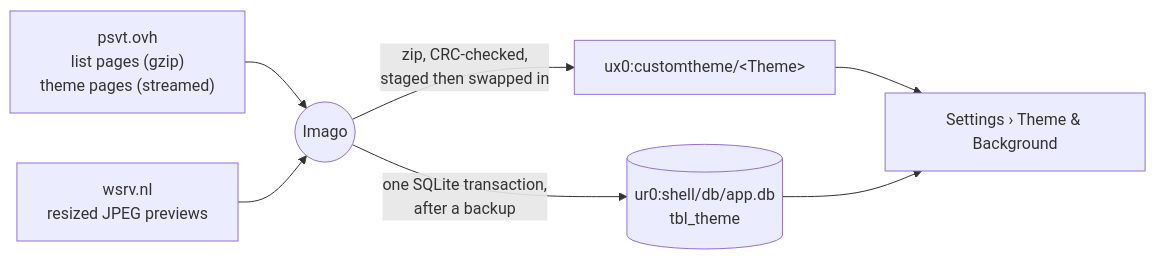
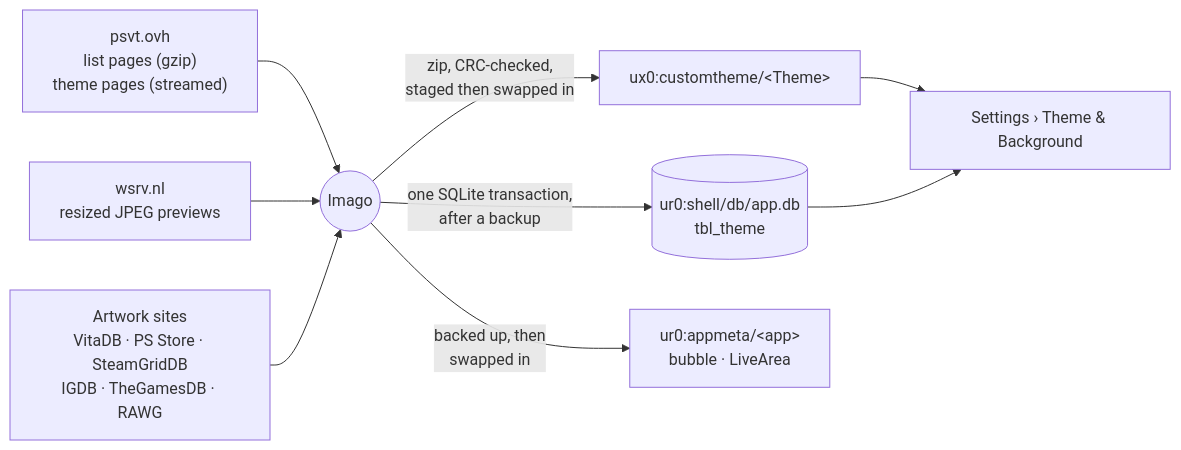
The first of 2 diagrams in README.md (SevyW/imago), drawn with Mermaid before and after one commit. The commit also changed other lines of this file and 6 other files, not shown here.

````diff
--- a/README.md
+++ b/README.md
@@ -208,9 +265,11 @@
 ```mermaid
 flowchart LR
   P["psvt.ovh<br/>list pages (gzip)<br/>theme pages (streamed)"] --> I(("Imago"))
   W["wsrv.nl<br/>resized JPEG previews"] --> I
   I -- "zip, CRC-checked,<br/>staged then swapped in" --> F["ux0:customtheme/&lt;Theme&gt;"]
   I -- "one SQLite transaction,<br/>after a backup" --> D[("ur0:shell/db/app.db<br/>tbl_theme")]
   F --> S["Settings › Theme & Background"]
   D --> S
+  A["Artwork sites<br/>VitaDB · PS Store · SteamGridDB<br/>IGDB · TheGamesDB · RAWG"] --> I
+  I -- "backed up, then<br/>swapped in" --> M["ur0:appmeta/&lt;app&gt;<br/>bubble · LiveArea"]
 ```
````
